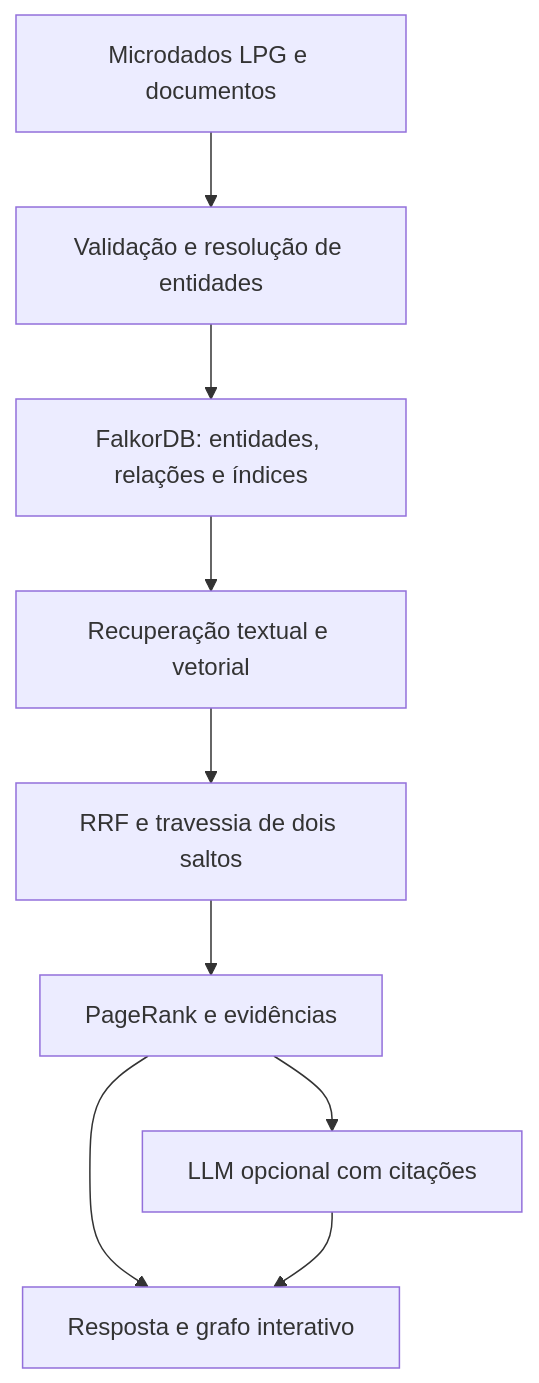
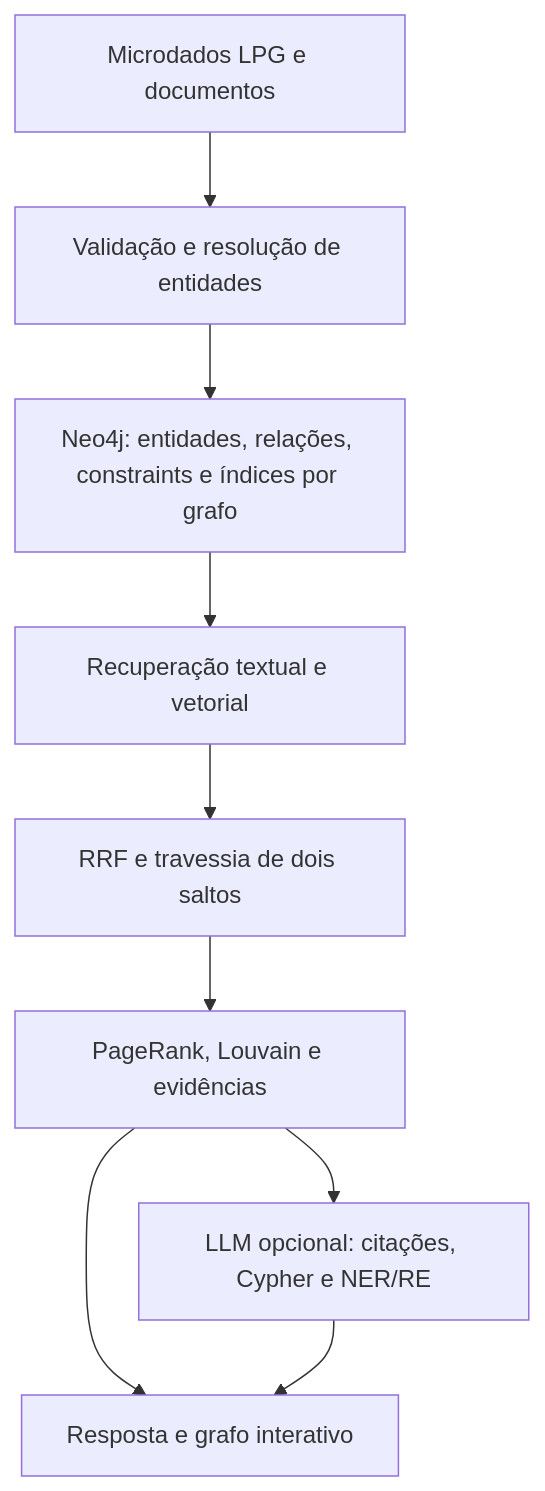
One commit to elieltondias/GraphRAG-KAG-Educacional changed the diagram in docs/ARQUITETURA.md. Above: the diagram before and after it, drawn with Mermaid. The commit also changed other lines of this file and 10 other files, not shown here.

````diff
--- a/docs/ARQUITETURA.md
+++ b/docs/ARQUITETURA.md
@@ -9,11 +9,11 @@
 ```mermaid
 flowchart TD
     A["Microdados LPG e documentos"] --> B["Validação e resolução de entidades"]
-    B --> C["FalkorDB: entidades, relações e índices"]
+    B --> C["Neo4j: entidades, relações, constraints e índices por grafo"]
     C --> D["Recuperação textual e vetorial"]
     D --> E["RRF e travessia de dois saltos"]
-    E --> F["PageRank e evidências"]
+    E --> F["PageRank, Louvain e evidências"]
     F --> G["Resposta e grafo interativo"]
-    F --> H["LLM opcional com citações"]
+    F --> H["LLM opcional: citações, Cypher e NER/RE"]
     H --> G
 ```
````
